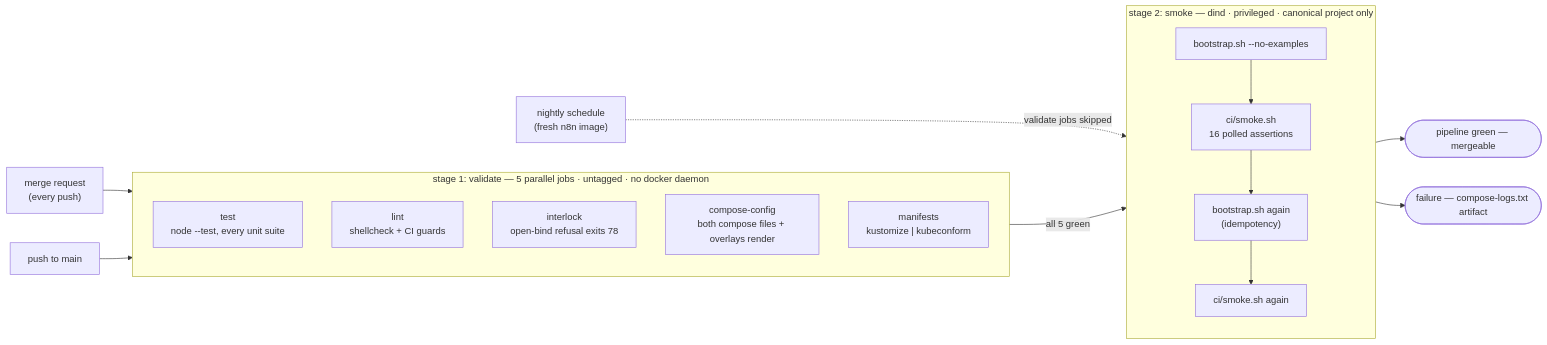
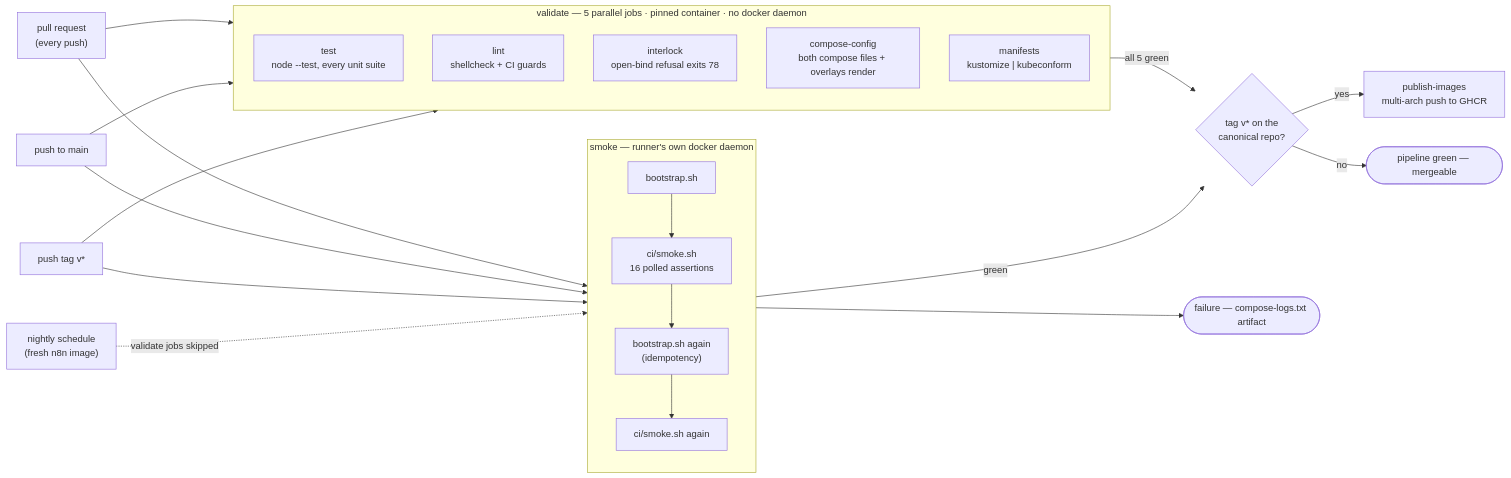
Before and after one commit to LabRise-Consulting/po11y: the diagram in docs/ci.md, drawn with Mermaid. The commit also changed other lines of this file and 9 other files, not shown here.

First line of the commit message:
ci: move the pipeline and the project URLs to GitHub

````diff
--- a/docs/ci.md
+++ b/docs/ci.md
@@ -5,26 +5,31 @@
 ```mermaid
 flowchart LR
-  MR["merge request<br/>(every push)"] --> V
+  PR["pull request<br/>(every push)"] --> V
+  PR --> S
   MAIN["push to main"] --> V
+  MAIN --> S
+  TAG["push tag v*"] --> V
+  TAG --> S
   SCHED["nightly schedule<br/>(fresh n8n image)"] -. "validate jobs skipped" .-> S
 
-  subgraph V["stage 1: validate — 5 parallel jobs · untagged · no docker daemon"]
+  subgraph V["validate — 5 parallel jobs · pinned container · no docker daemon"]
     direction TB
     test["test<br/>node --test, every unit suite"]
     lint["lint<br/>shellcheck + CI guards"]
     inter["interlock<br/>open-bind refusal exits 78"]
     cc["compose-config<br/>both compose files + overlays render"]
     man["manifests<br/>kustomize | kubeconform"]
   end
 
-  V -- "all 5 green" --> S
-
-  subgraph S["stage 2: smoke — dind · privileged · canonical project only"]
+  subgraph S["smoke — runner's own docker daemon"]
     direction TB
-    b1["bootstrap.sh --no-examples"] --> s1["ci/smoke.sh<br/>16 polled assertions"]
+    b1["bootstrap.sh"] --> s1["ci/smoke.sh<br/>16 polled assertions"]
     s1 --> b2["bootstrap.sh again<br/>(idempotency)"] --> s2["ci/smoke.sh again"]
   end
 
-  S --> OK(["pipeline green — mergeable"])
+  V -- "all 5 green" --> P
+  S -- "green" --> P
+  P{"tag v* on the<br/>canonical repo?"} -- yes --> PUB["publish-images<br/>multi-arch push to GHCR"]
+  P -- no --> OK(["pipeline green — mergeable"])
   S --> FAIL(["failure — compose-logs.txt artifact"])
 ```
````
